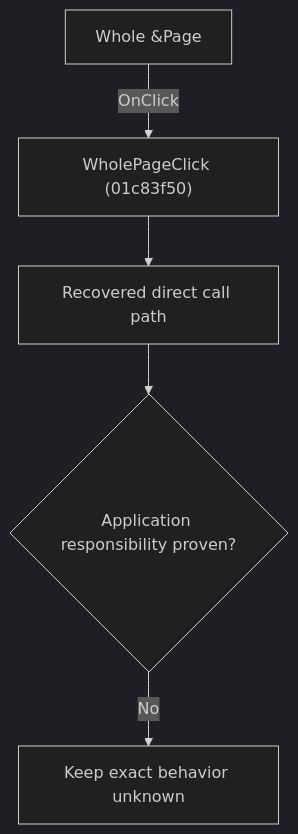
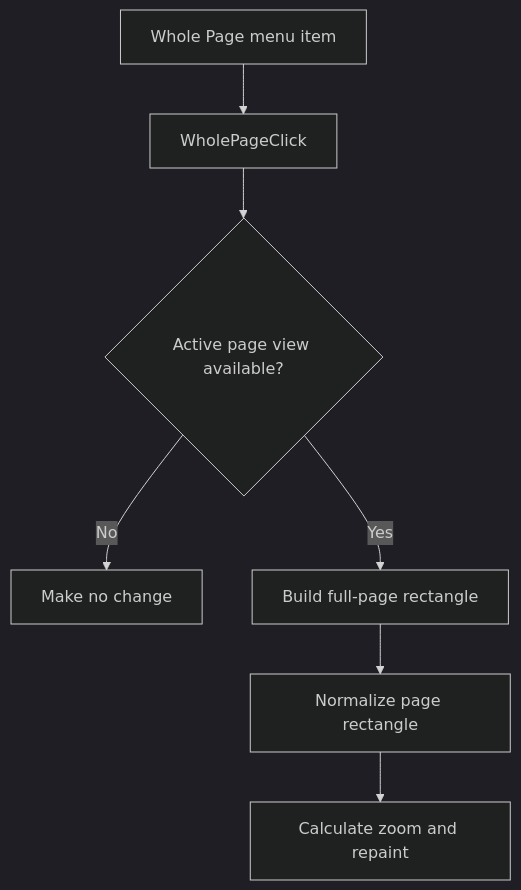
One commit to MovGP0/TIARA changed the diagram in docs/ui-controls/schematiceditor/wholepage-8594585902.md. Above: the diagram before and after it, drawn with Mermaid (dark theme). The commit also changed other lines of this file and 241 other files, not shown here.

````diff
--- a/docs/ui-controls/schematiceditor/wholepage-8594585902.md
+++ b/docs/ui-controls/schematiceditor/wholepage-8594585902.md
@@ -27,7 +19,9 @@
 ```mermaid
 flowchart TD
-    control["Whole &Page"] -->|"OnClick"| handler["WholePageClick (01c83f50)"]
-    handler --> recovered["Recovered direct call path"]
-    recovered --> gap{"Application responsibility proven?"}
-    gap -->|"No"| blocked["Keep exact behavior unknown"]
+    control["Whole Page menu item"] --> handler["WholePageClick"]
+    handler --> available{"Active page view available?"}
+    available -->|"No"| noOp["Make no change"]
+    available -->|"Yes"| rectangle["Build full-page rectangle"]
+    rectangle --> normalize["Normalize page rectangle"]
+    normalize --> zoom["Calculate zoom and repaint"]
 ```
````
